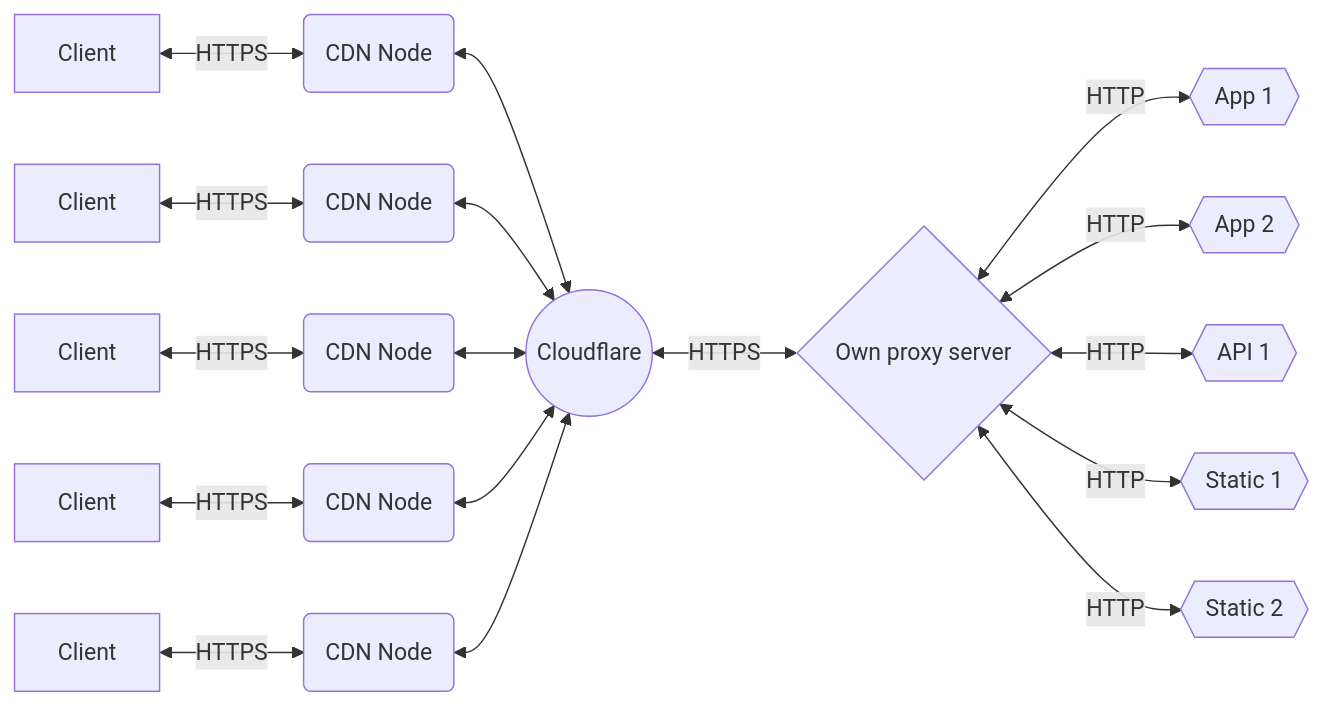
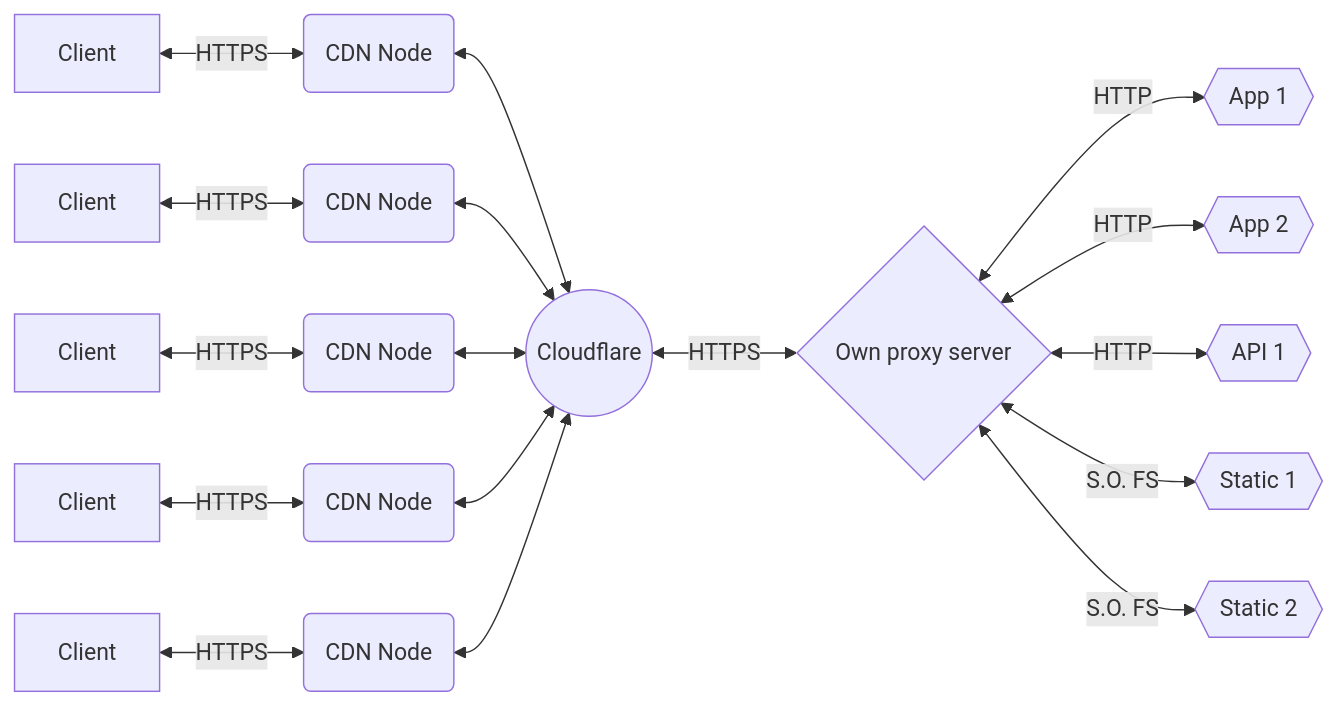
One commit to chrisvdev/CloudFlare-SSL-Subdomain-service changed the diagram in README.md. Above: the diagram before and after it, drawn with Mermaid.

````diff
--- a/README.md
+++ b/README.md
@@ -29,19 +29,19 @@
 ```mermaid
 graph LR
 A[Client] <-- HTTPS --> B(CDN Node)
 C[Client] <-- HTTPS --> D(CDN Node)
 F[Client] <-- HTTPS --> G(CDN Node)
 H[Client] <-- HTTPS --> I(CDN Node)
 J[Client] <-- HTTPS --> K(CDN Node)
 B <--> L((Cloudflare))
 D <--> L
 G <--> L
 I <--> L
 K <--> L
 L <-- HTTPS --> N{Own proxy server}
 N <-- HTTP --> M{{App 1}}
 N <-- HTTP --> O{{App 2}}
 N <-- HTTP --> P{{API 1}}
-N <-- HTTP --> Q{{Static 1}}
-N <-- HTTP --> R{{Static 2}}
+N <-- S.O. FS --> Q{{Static 1}}
+N <-- S.O. FS --> R{{Static 2}}
 ```
````
